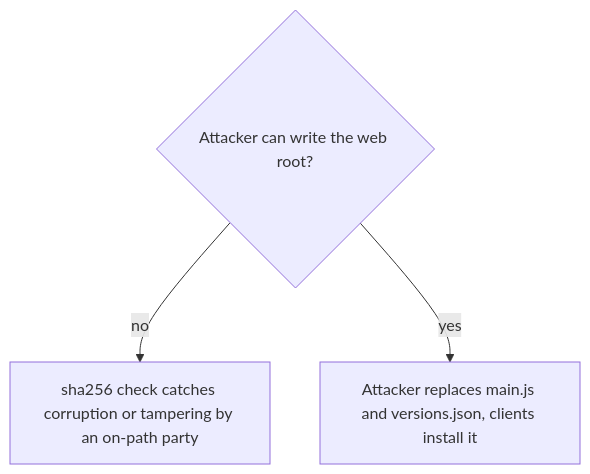
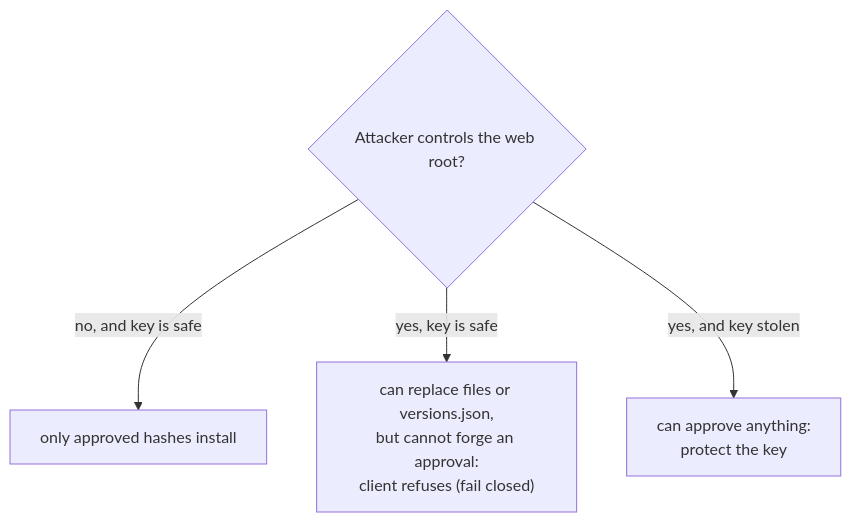
One commit to dstaulcu/obsidian-onprem-marketplace changed the second of 2 diagrams in docs/concepts/security.md. Above: the diagram before and after it, drawn with Mermaid. The commit also changed other lines of this file and 7 other files, not shown here.

````diff
--- a/docs/concepts/security.md
+++ b/docs/concepts/security.md
@@ -47,6 +51,7 @@
 ```mermaid
 flowchart TD
-    Q{"Attacker can write the web root?"}
-    Q -- no --> OK["sha256 check catches corruption or tampering by an on-path party"]
-    Q -- yes --> BAD["Attacker replaces main.js and versions.json, clients install it"]
+    Q{"Attacker controls the web root?"}
+    Q -- "no, and key is safe" --> OK["only approved hashes install"]
+    Q -- "yes, key is safe" --> A["can replace files or versions.json,<br/>but cannot forge an approval:<br/>client refuses (fail closed)"]
+    Q -- "yes, and key stolen" --> B["can approve anything:<br/>protect the key"]
 ```
````
